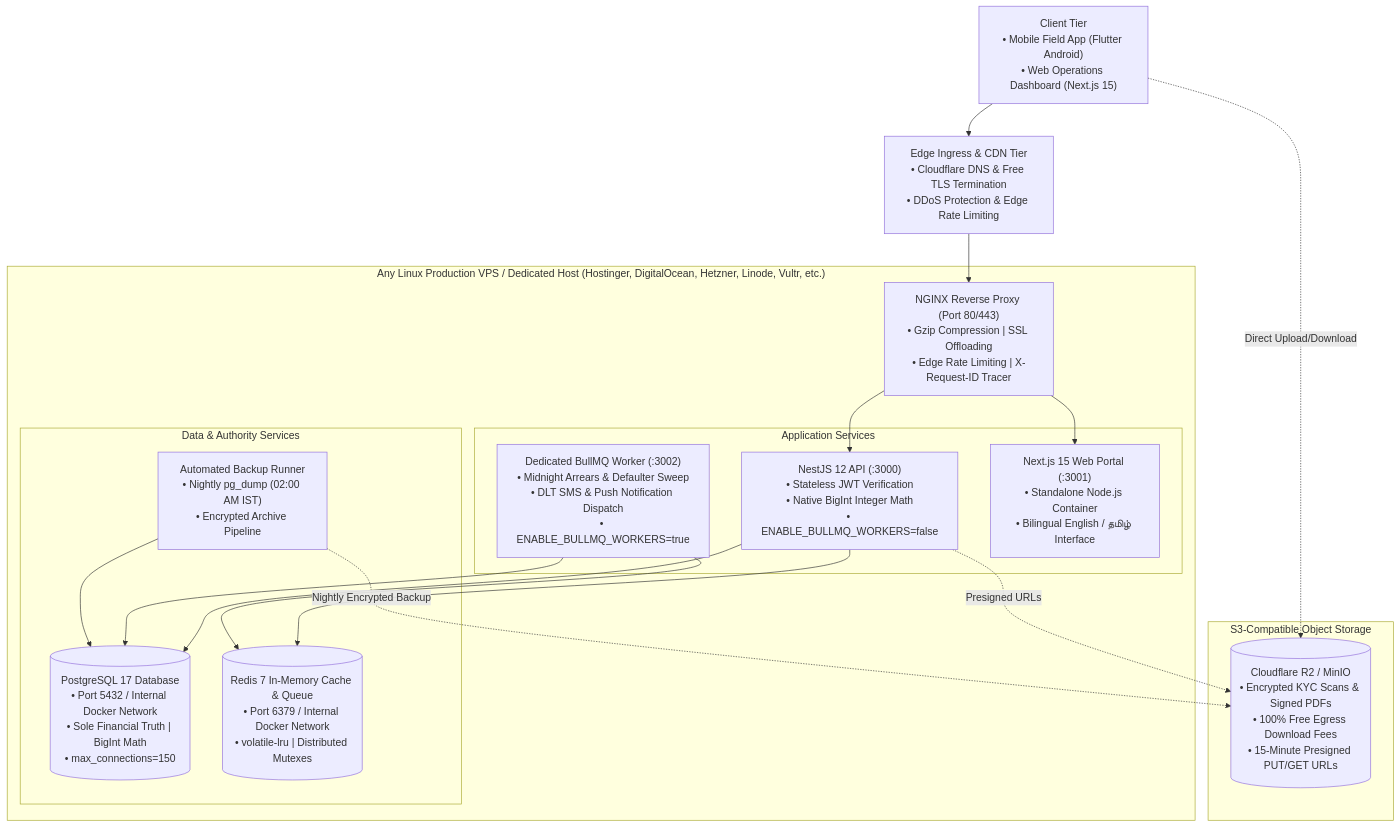
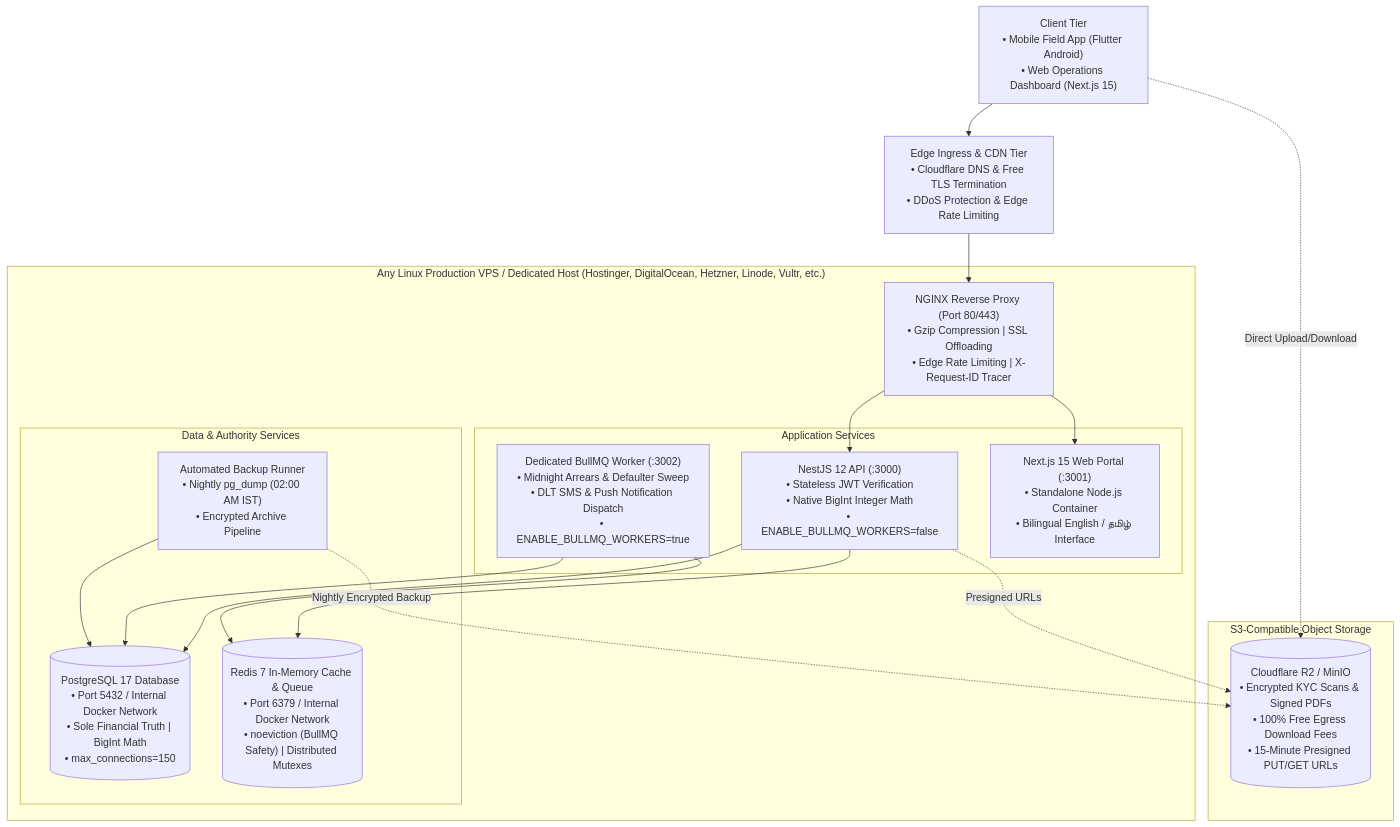
One commit to Kathir-24/Kumaran-finance changed the diagram in docs/06-devops/infrastructure-and-drp.md. Above: the diagram before and after it, drawn with Mermaid. The commit also changed other lines of this file and 25 other files, not shown here.

````diff
--- a/docs/06-devops/infrastructure-and-drp.md
+++ b/docs/06-devops/infrastructure-and-drp.md
@@ -14,39 +14,39 @@
 ```mermaid
 flowchart TD
     Clients["Client Tier\n• Mobile Field App (Flutter Android)\n• Web Operations Dashboard (Next.js 15)"]
     
     Cloudflare["Edge Ingress & CDN Tier\n• Cloudflare DNS & Free TLS Termination\n• DDoS Protection & Edge Rate Limiting"]
     
     subgraph HostServer ["Any Linux Production VPS / Dedicated Host (Hostinger, DigitalOcean, Hetzner, Linode, Vultr, etc.)"]
         Nginx["NGINX Reverse Proxy (Port 80/443)\n• Gzip Compression | SSL Offloading\n• Edge Rate Limiting | X-Request-ID Tracer"]
         
         subgraph AppTier ["Application Services"]
             API["NestJS 12 API (:3000)\n• Stateless JWT Verification\n• Native BigInt Integer Math\n• ENABLE_BULLMQ_WORKERS=false"]
             Worker["Dedicated BullMQ Worker (:3002)\n• Midnight Arrears & Defaulter Sweep\n• DLT SMS & Push Notification Dispatch\n• ENABLE_BULLMQ_WORKERS=true"]
             Web["Next.js 15 Web Portal (:3001)\n• Standalone Node.js Container\n• Bilingual English / தமிழ் Interface"]
         end
         
         subgraph DataTier ["Data & Authority Services"]
             DB[("PostgreSQL 17 Database\n• Port 5432 / Internal Docker Network\n• Sole Financial Truth | BigInt Math\n• max_connections=150")]
-            Redis[("Redis 7 In-Memory Cache & Queue\n• Port 6379 / Internal Docker Network\n• volatile-lru | Distributed Mutexes")]
+            Redis[("Redis 7 In-Memory Cache & Queue\n• Port 6379 / Internal Docker Network\n• noeviction (BullMQ Safety) | Distributed Mutexes")]
             BackupCron["Automated Backup Runner\n• Nightly pg_dump (02:00 AM IST)\n• Encrypted Archive Pipeline"]
         end
     end
     
     subgraph StorageTier ["S3-Compatible Object Storage"]
         R2[("Cloudflare R2 / MinIO\n• Encrypted KYC Scans & Signed PDFs\n• 100% Free Egress Download Fees\n• 15-Minute Presigned PUT/GET URLs")]
     end
 
     Clients --> Cloudflare
     Cloudflare --> Nginx
     Nginx --> API
     Nginx --> Web
     API --> DB
     API --> Redis
     Worker --> DB
     Worker --> Redis
     BackupCron --> DB
     BackupCron -.->|Nightly Encrypted Backup| R2
     API -.->|Presigned URLs| R2
     Clients -.->|Direct Upload/Download| R2
 ```
````
